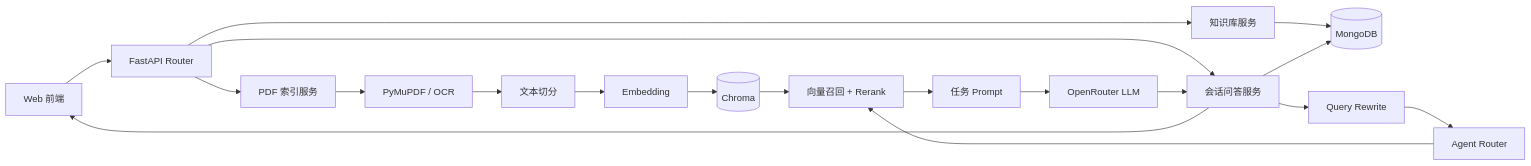
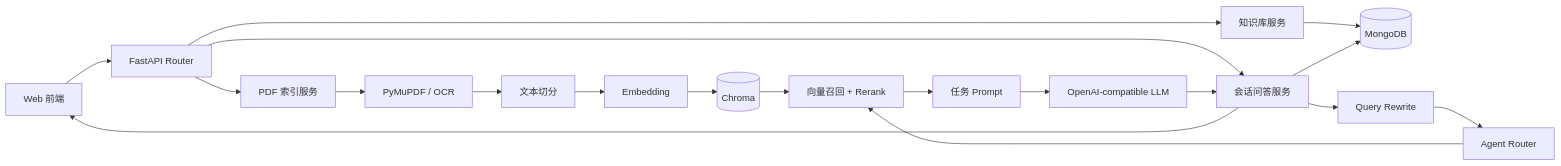
One commit to ljiaming-0218/DocRag changed the diagram in README.md. Above: the diagram before and after it, drawn with Mermaid. The commit also changed other lines of this file and 6 other files, not shown here.

````diff
--- a/README.md
+++ b/README.md
@@ -124,22 +124,22 @@
 ```mermaid
 flowchart LR
     UI[Web 前端] --> API[FastAPI Router]
     API --> KB[知识库服务]
     KB --> MEMORY[(MongoDB)]
     API --> INGEST[PDF 索引服务]
     INGEST --> PARSE[PyMuPDF / OCR]
     PARSE --> SPLIT[文本切分]
     SPLIT --> EMBED[Embedding]
     EMBED --> CHROMA[(Chroma)]
 
     API --> CHAT[会话问答服务]
     CHAT --> MEMORY
     CHAT --> REWRITE[Query Rewrite]
     REWRITE --> AGENT[Agent Router]
     AGENT --> RETRIEVE[向量召回 + Rerank]
     CHROMA --> RETRIEVE
     RETRIEVE --> PROMPT[任务 Prompt]
-    PROMPT --> LLM[OpenRouter LLM]
+    PROMPT --> LLM[OpenAI-compatible LLM]
     LLM --> CHAT
     CHAT --> UI
 ```
````
